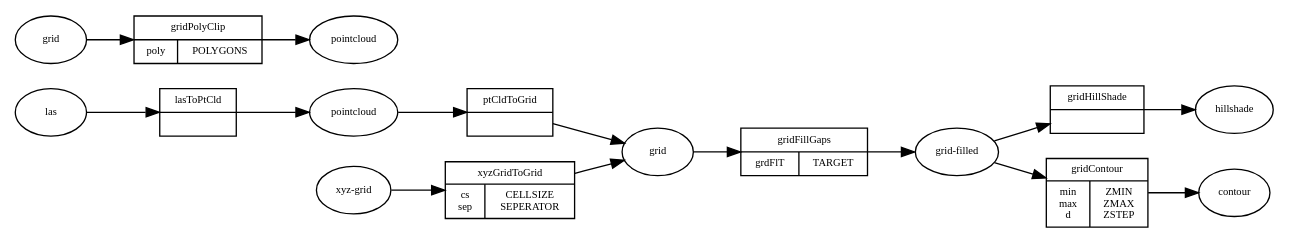
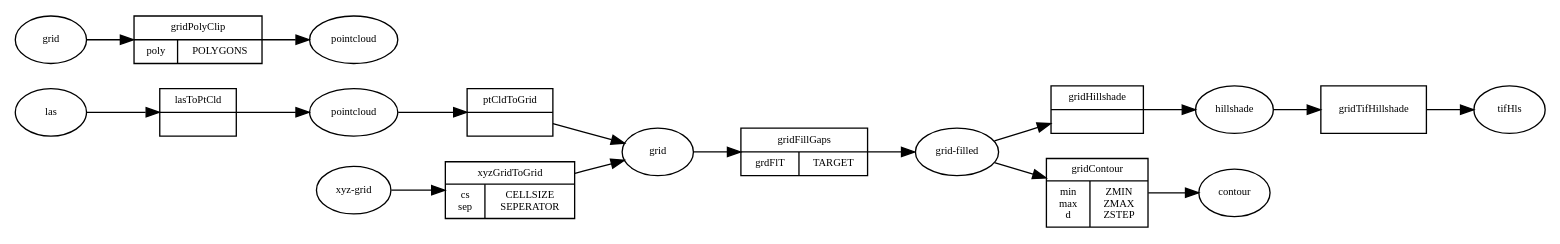
Before and after one commit to michelk/saga-cmd.hs: the diagram in README.org, drawn with Graphviz. The commit also changed other lines of this file and 3 other files, not shown here.

Commit message:
hillshade-tif conversion

```diff
--- a/README.org
+++ b/README.org
@@ -97,30 +79,33 @@
    #+BEGIN_SRC dot :exports results :results graphics :file doc/figures/chains.png :eval no-export
      digraph chains {
          graph [rankdir = LR];
          node [shape = ellipse, fontsize = 8];
 
          las [label = "las"];
          grd [label = "grid"];
          grdF [label = "grid-filled"];
          xyz [label = "xyz-grid"];
          cntr [label = "contour"];
          hls [label = "hillshade"];
          pt [label = "pointcloud"];
          polyCp [label = "pointcloud"];
+         tifHls [labal = "tif-hillshade"];
 
          xyzGrid [shape = record, label = "xyzGridToGrid|{cs\nsep|CELLSIZE\nSEPERATOR}"];
          lasPt [shape = record, label = "lasToPtCld |"];
          ptGrd [shape = record, label = "ptCldToGrid|"];
          grdFl [shape = record, label = "gridFillGaps| {grdFlT |TARGET}"];
-         grdHl [shape = record, label = "gridHillShade|"];
+         grdHl [shape = record, label = "gridHillshade|"];
          grdCtl [shape = record, label = "gridContour| {min\nmax\nd |ZMIN\nZMAX\nZSTEP}"];
          grdPolyCp [shape = record, label = "gridPolyClip| {poly|POLYGONS}"];
+         hlsTif [shape = record, label = "gridTifHillshade"];
 
          las -> lasPt -> pt -> ptGrd -> grd;
          xyz -> xyzGrid -> grd ;
          grid -> grdPolyCp -> polyCp;
          grd -> grdFl -> grdF;
          grdF -> grdHl -> hls;
          grdF -> grdCtl -> cntr;
+         hls -> hlsTif -> tifHls;
      }
    #+END_SRC
```
